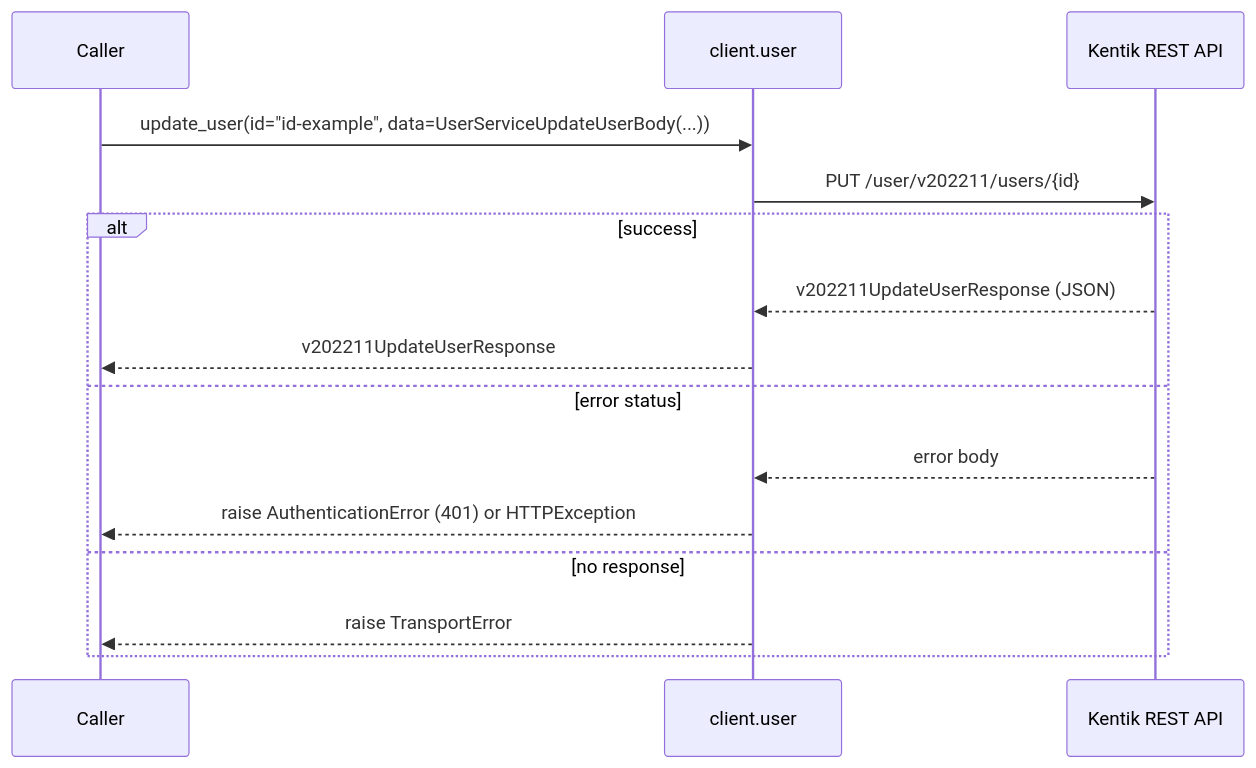
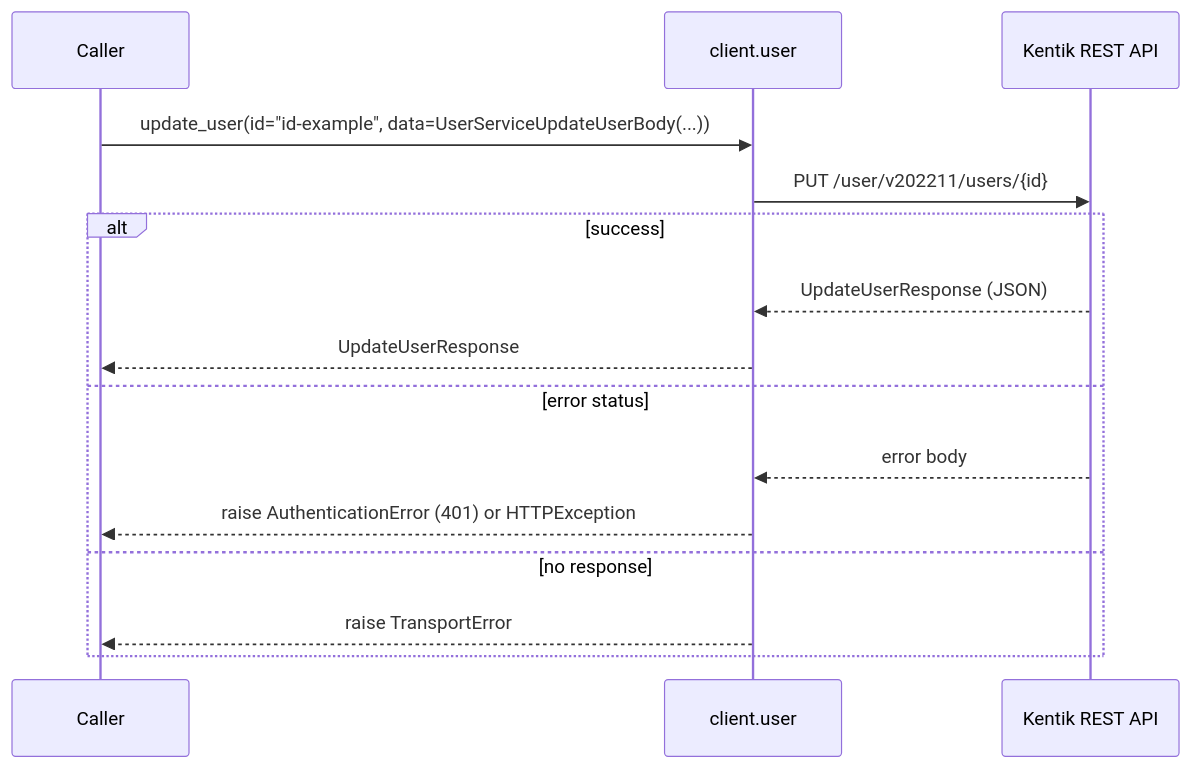
The eighth of 16 diagrams in docs/sphinx/services/user.md (alexdearaujo/community_sdk_python), drawn with Mermaid before and after one commit. The commit also changed other lines of this file and 38 other files, not shown here.

````diff
--- a/docs/sphinx/services/user.md
+++ b/docs/sphinx/services/user.md
@@ -258,18 +258,18 @@
 ```mermaid
 sequenceDiagram
     participant C as Caller
     participant W as client.user
     participant API as Kentik REST API
 
     C->>W: update_user(id="id-example", data=UserServiceUpdateUserBody(...))
     W->>API: PUT /user/v202211/users/{id}
     alt success
-        API-->>W: v202211UpdateUserResponse (JSON)
-        W-->>C: v202211UpdateUserResponse
+        API-->>W: UpdateUserResponse (JSON)
+        W-->>C: UpdateUserResponse
     else error status
         API-->>W: error body
         W-->>C: raise AuthenticationError (401) or HTTPException
     else no response
         W-->>C: raise TransportError
     end
 ```
````
